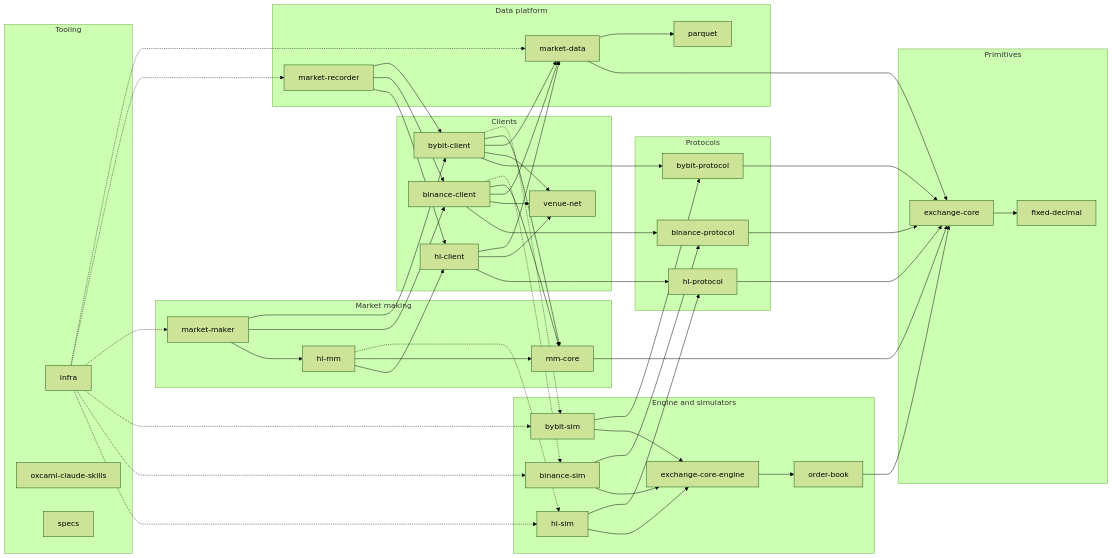
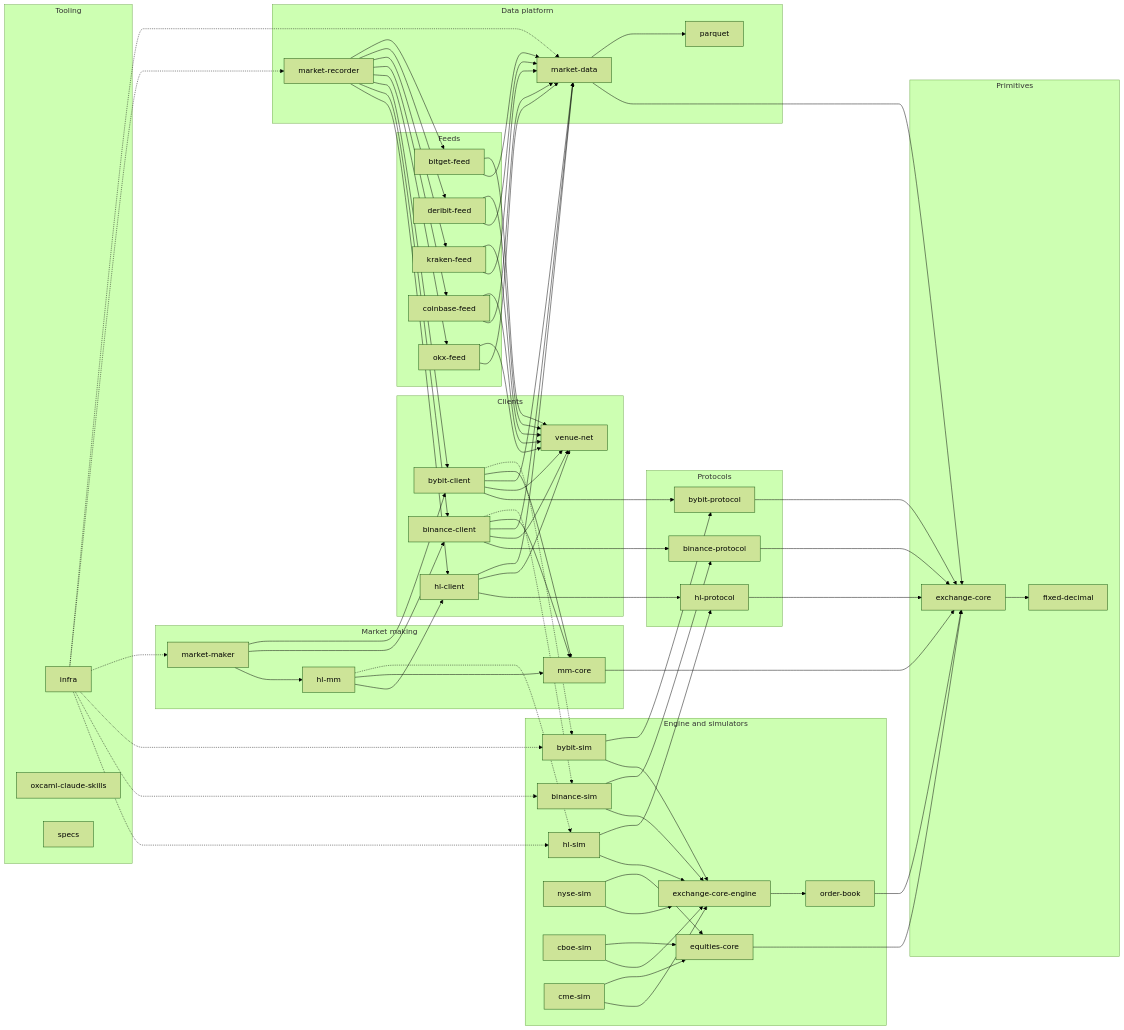
One commit to winterchill-trading/specs changed the first of 2 diagrams in overview.md. Above: the diagram before and after it, drawn with Mermaid (forest theme). The commit also changed other lines of this file, not shown here.

Commit message:
docs: overview adds the feeds and the equities simulators

```diff
--- a/overview.md
+++ b/overview.md
@@ -58,12 +64,23 @@
     hl_sim["hl-sim"]
     binance_sim["binance-sim"]
     bybit_sim["bybit-sim"]
+    equities_core["equities-core"]
+    nyse_sim["nyse-sim"]
+    cboe_sim["cboe-sim"]
+    cme_sim["cme-sim"]
   end
   subgraph clients["Clients"]
     venue_net["venue-net"]
     hl_client["hl-client"]
     binance_client["binance-client"]
     bybit_client["bybit-client"]
+  end
+  subgraph feeds["Feeds"]
+    okx_feed["okx-feed"]
+    coinbase_feed["coinbase-feed"]
+    kraken_feed["kraken-feed"]
+    deribit_feed["deribit-feed"]
+    bitget_feed["bitget-feed"]
   end
   subgraph mm["Market making"]
     mm_core["mm-core"]
@@ -115,6 +132,28 @@
   market_recorder --> hl_client
   market_recorder --> binance_client
   market_recorder --> bybit_client
+  equities_core --> exchange_core
+  nyse_sim --> engine_pkg
+  nyse_sim --> equities_core
+  cboe_sim --> engine_pkg
+  cboe_sim --> equities_core
+  cme_sim --> engine_pkg
+  cme_sim --> equities_core
+  okx_feed --> market_data
+  okx_feed --> venue_net
+  coinbase_feed --> market_data
+  coinbase_feed --> venue_net
+  kraken_feed --> market_data
+  kraken_feed --> venue_net
+  deribit_feed --> market_data
+  deribit_feed --> venue_net
+  bitget_feed --> market_data
+  bitget_feed --> venue_net
+  market_recorder --> okx_feed
+  market_recorder --> coinbase_feed
+  market_recorder --> kraken_feed
+  market_recorder --> deribit_feed
+  market_recorder --> bitget_feed
 
   hl_mm -.-> hl_sim
   binance_client -.-> binance_sim
```
